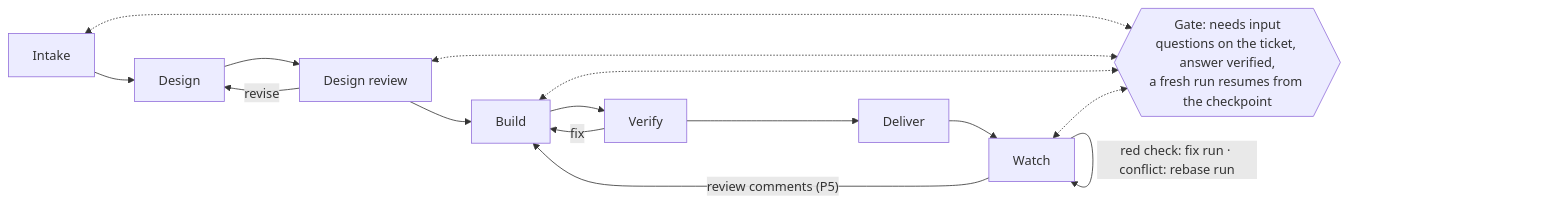
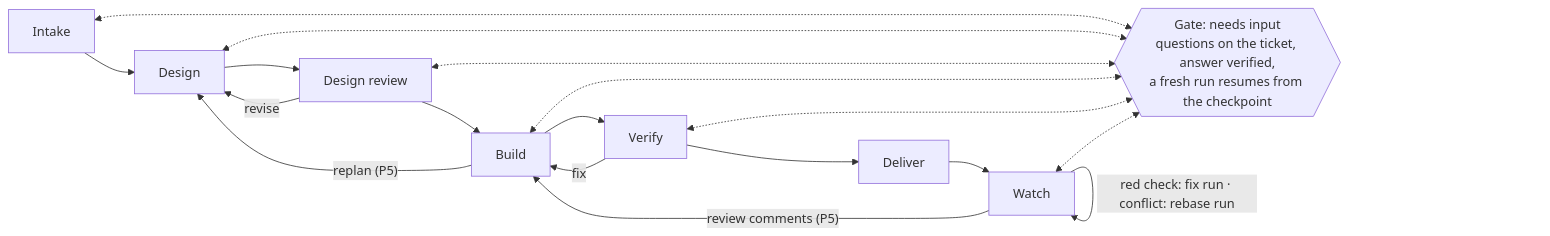
The first of 2 diagrams in docs/design/architecture.md (pitchopp/owlshift), drawn with Mermaid before and after one commit. The commit also changed other lines of this file and 3 other files, not shown here.

First line of the commit message:
Design the quality pipeline (P5) in the build plan (OWL-296)

````diff
--- a/docs/design/architecture.md
+++ b/docs/design/architecture.md
@@ -74,13 +74,16 @@
 ```mermaid
 flowchart LR
     intake[Intake] --> design[Design] --> review[Design review] --> build[Build] --> verify[Verify] --> deliver[Deliver] --> watch[Watch]
     review -- revise --> design
+    build -- "replan (P5)" --> design
     verify -- fix --> build
     watch -- "review comments (P5)" --> build
     watch -- "red check: fix run · conflict: rebase run" --> watch
     gate{{"Gate: needs input<br/>questions on the ticket, answer verified,<br/>a fresh run resumes from the checkpoint"}}
     intake <-.-> gate
+    design <-.-> gate
     review <-.-> gate
     build <-.-> gate
+    verify <-.-> gate
     watch <-.-> gate
 ```
````
